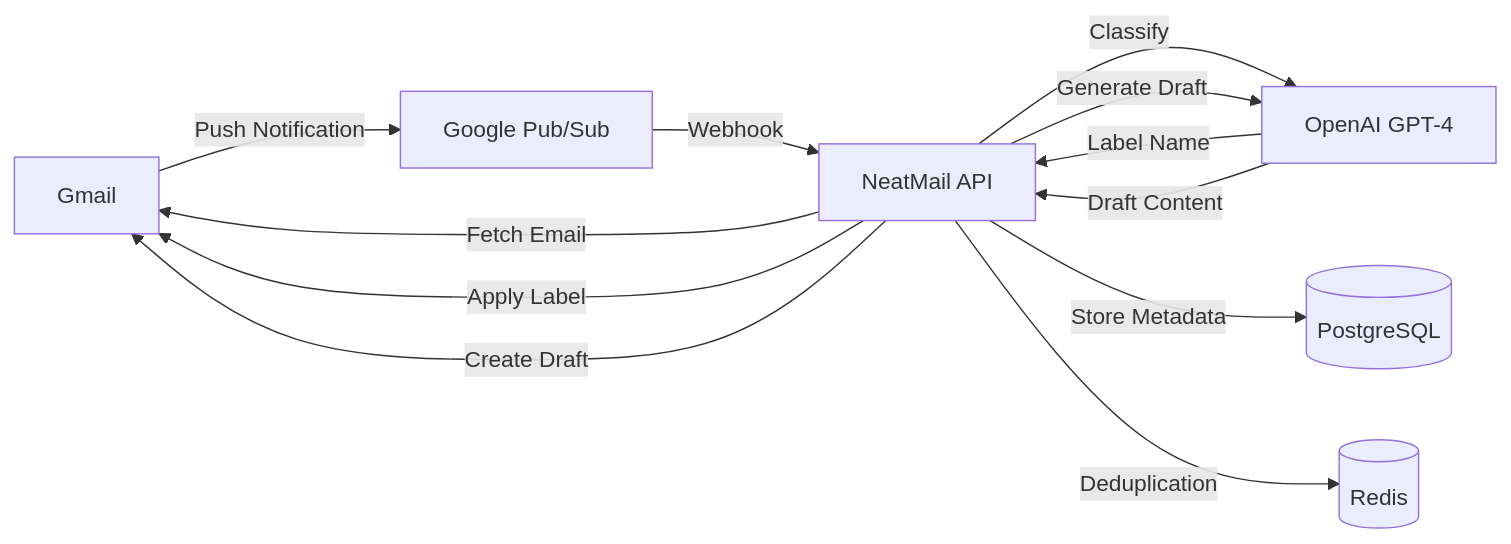
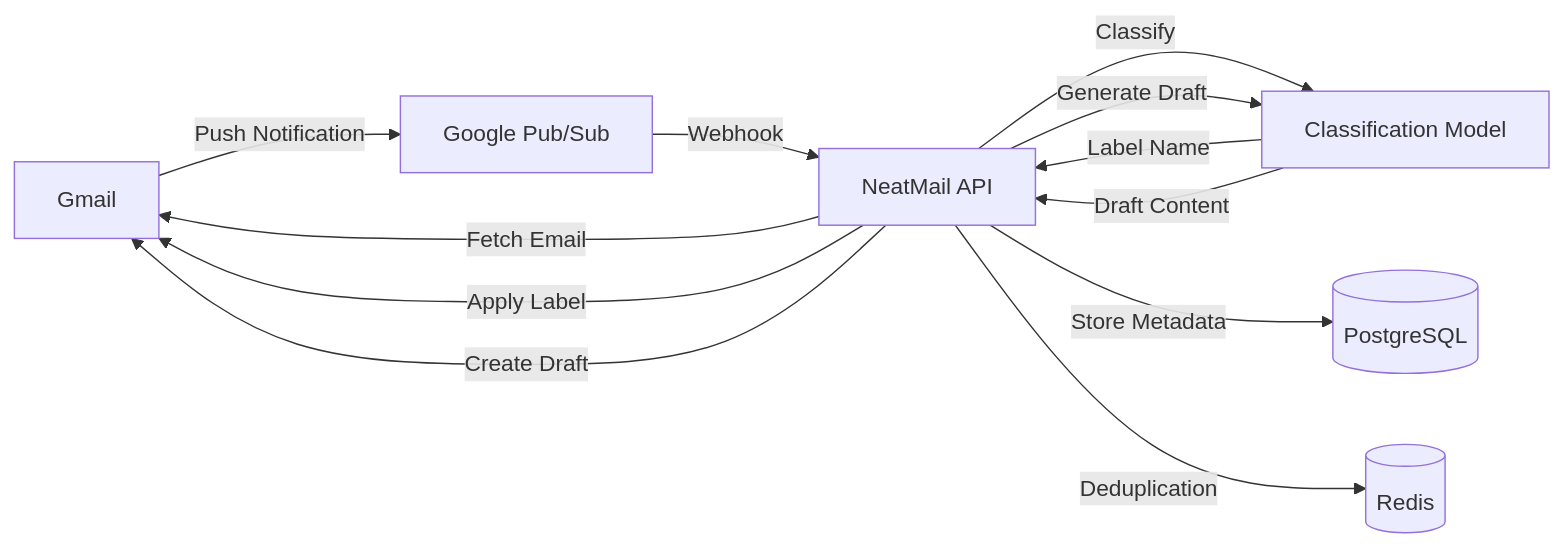
The diagram in README.md (Lakshay1509/NeatMail), drawn with Mermaid before and after one commit. The commit also changed other lines of this file and 1 other file, not shown here.

Commit message:
fix: add bearer token support for classification API authorization in model

````diff
--- a/README.md
+++ b/README.md
@@ -172,14 +173,14 @@
 ```mermaid
 graph LR
     A[Gmail] -->|Push Notification| B[Google Pub/Sub]
     B -->|Webhook| C[NeatMail API]
     C -->|Fetch Email| A
-    C -->|Classify| D[OpenAI GPT-4]
+    C -->|Classify| D[Classification Model]
     D -->|Label Name| C
     C -->|Apply Label| A
     C -->|Generate Draft| D
     D -->|Draft Content| C
     C -->|Create Draft| A
     C -->|Store Metadata| E[(PostgreSQL)]
     C -->|Deduplication| F[(Redis)]
 ```
````
